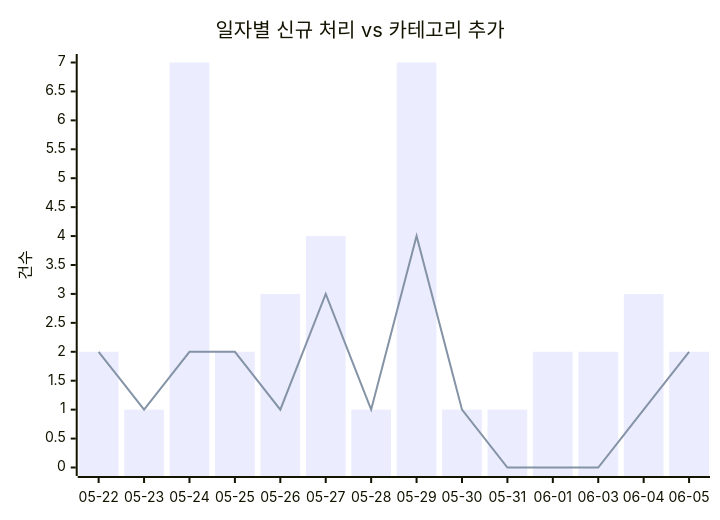
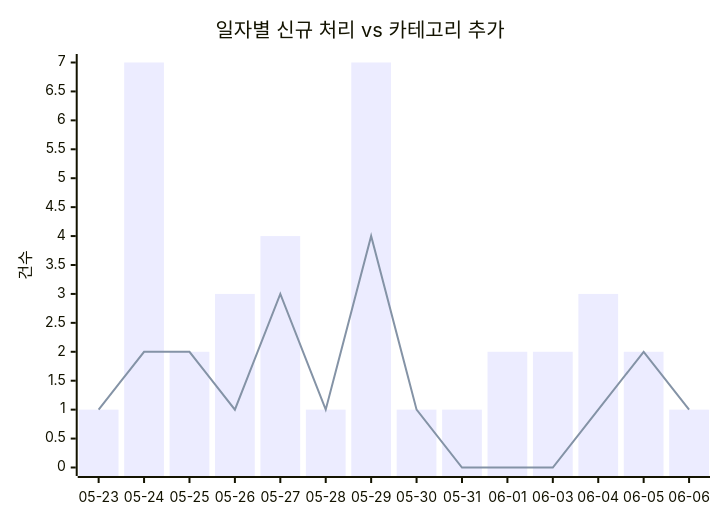
The first of 2 diagrams in docs/trends.md (J-nowcow/awesome-korean-agent-skills), drawn with Mermaid before and after one commit. The commit also changed other lines of this file and 3 other files, not shown here.

````diff
--- a/docs/trends.md
+++ b/docs/trends.md
@@ -32,8 +32,8 @@
 ```mermaid
 xychart-beta
     title "일자별 신규 처리 vs 카테고리 추가"
-    x-axis ["05-22","05-23","05-24","05-25","05-26","05-27","05-28","05-29","05-30","05-31","06-01","06-03","06-04","06-05"]
+    x-axis ["05-23","05-24","05-25","05-26","05-27","05-28","05-29","05-30","05-31","06-01","06-03","06-04","06-05","06-06"]
     y-axis "건수"
-    bar [2,1,7,2,3,4,1,7,1,1,2,2,3,2]
-    line [2,1,2,2,1,3,1,4,1,0,0,0,1,2]
+    bar [1,7,2,3,4,1,7,1,1,2,2,3,2,1]
+    line [1,2,2,1,3,1,4,1,0,0,0,1,2,1]
 ```
````
